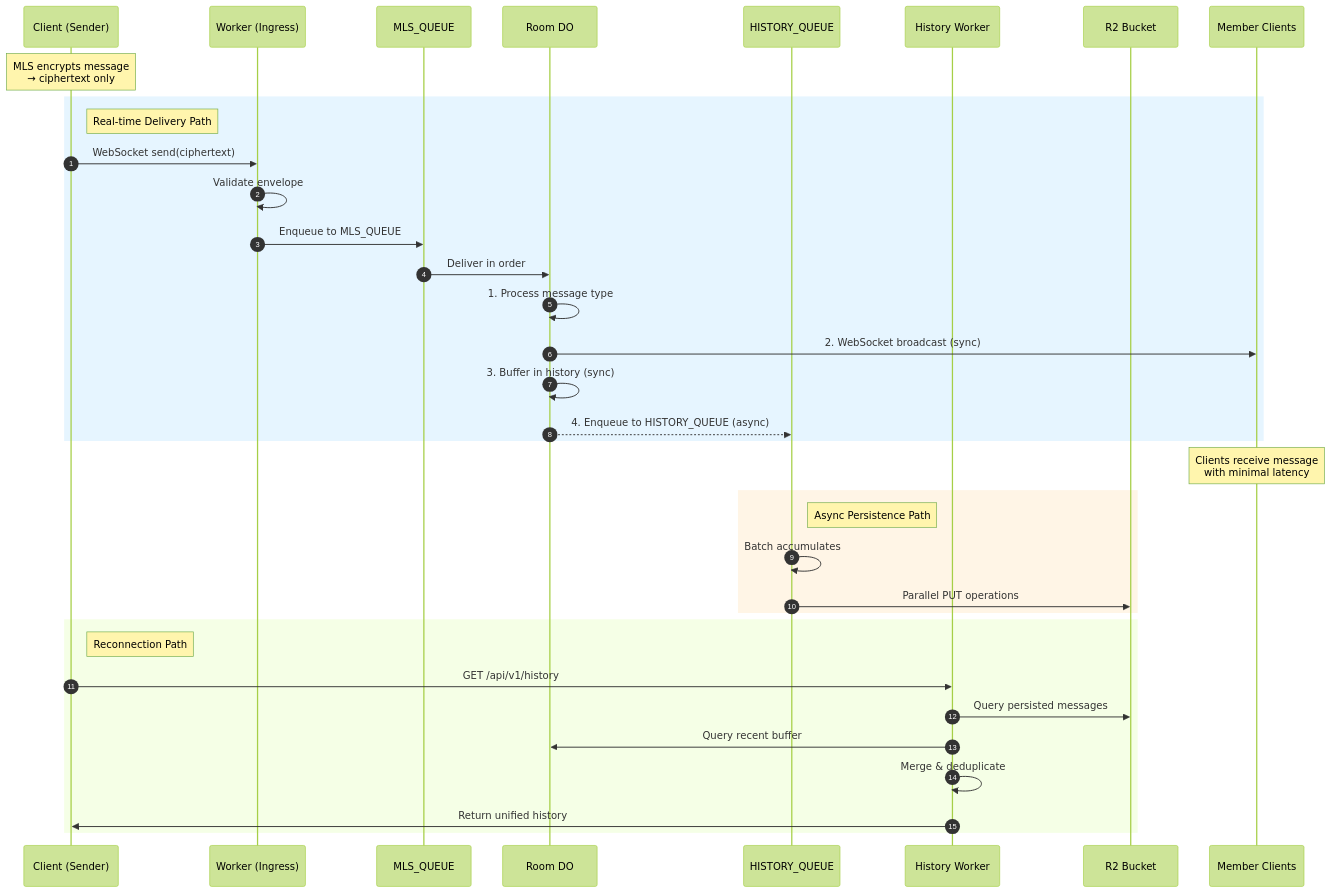
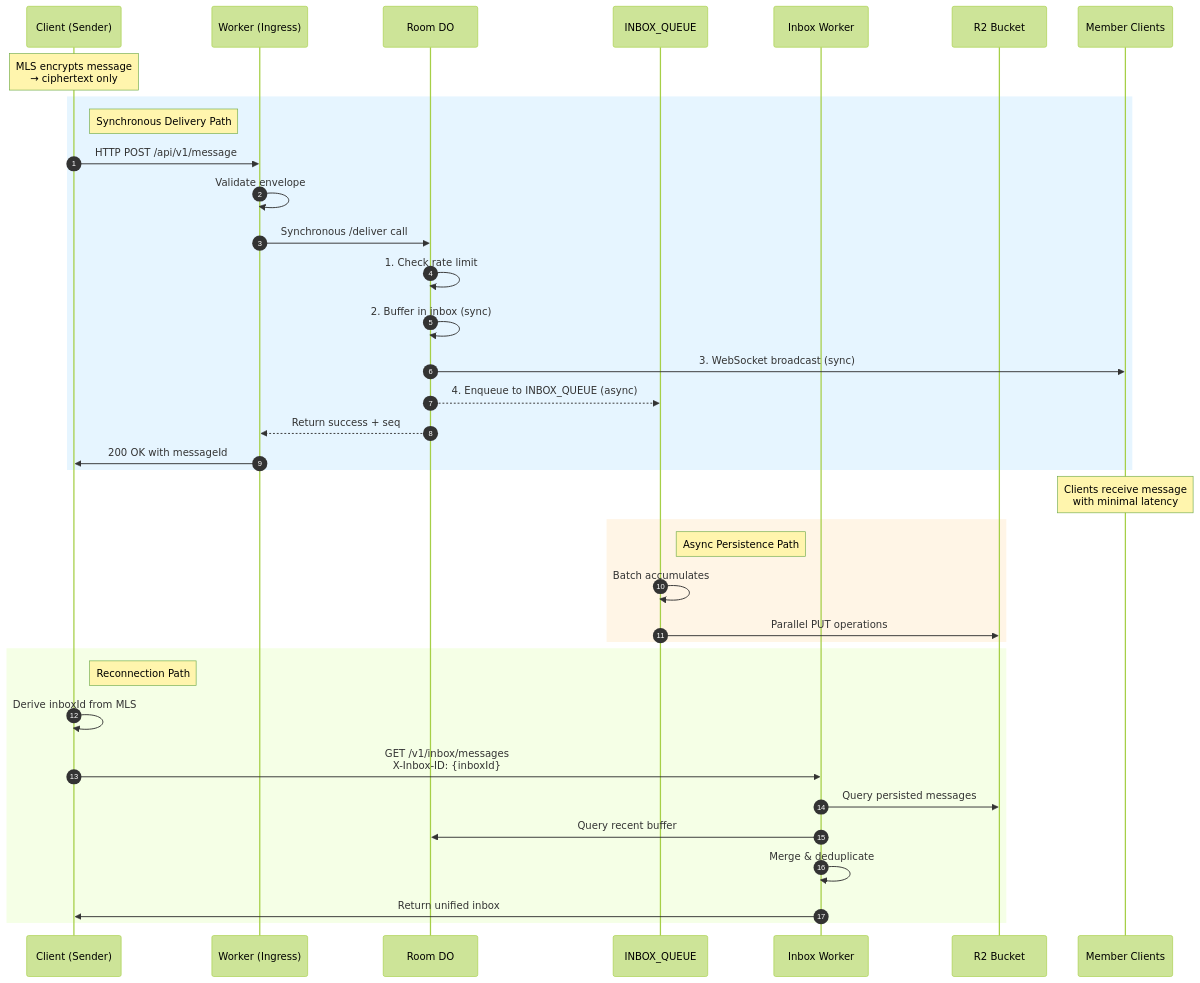
Before and after one commit to tunnl3d/design: the diagram in infra-cf/architecture.md, drawn with Mermaid (forest theme). The commit also changed other lines of this file and 4 other files, not shown here.

````diff
--- a/infra-cf/architecture.md
+++ b/infra-cf/architecture.md
@@ -269,43 +288,44 @@
 ```mermaid
 sequenceDiagram
     autonumber
     participant C as Client (Sender)
     participant W as Worker (Ingress)
-    participant MQ as MLS_QUEUE
     participant DO as Room DO
-    participant HQ as HISTORY_QUEUE
-    participant HW as History Worker
+    participant IQ as INBOX_QUEUE
+    participant IW as Inbox Worker
     participant R2 as R2 Bucket
     participant M as Member Clients
 
     Note over C: MLS encrypts message<br/>→ ciphertext only
 
     rect rgb(230, 245, 255)
-        Note right of C: Real-time Delivery Path
-        C->>W: WebSocket send(ciphertext)
+        Note right of C: Synchronous Delivery Path
+        C->>W: HTTP POST /api/v1/message
         W->>W: Validate envelope
-        W->>MQ: Enqueue to MLS_QUEUE
-        MQ->>DO: Deliver in order
-        DO->>DO: 1. Process message type
-        DO->>M: 2. WebSocket broadcast (sync)
-        DO->>DO: 3. Buffer in history (sync)
-        DO-->>HQ: 4. Enqueue to HISTORY_QUEUE (async)
+        W->>DO: Synchronous /deliver call
+        DO->>DO: 1. Check rate limit
+        DO->>DO: 2. Buffer in inbox (sync)
+        DO->>M: 3. WebSocket broadcast (sync)
+        DO-->>IQ: 4. Enqueue to INBOX_QUEUE (async)
+        DO-->>W: Return success + seq
+        W->>C: 200 OK with messageId
     end
 
     Note over M: Clients receive message<br/>with minimal latency
 
     rect rgb(255, 245, 230)
-        Note right of HQ: Async Persistence Path
-        HQ->>HQ: Batch accumulates
-        HQ->>R2: Parallel PUT operations
+        Note right of IQ: Async Persistence Path
+        IQ->>IQ: Batch accumulates
+        IQ->>R2: Parallel PUT operations
     end
 
     rect rgb(245, 255, 230)
         Note right of C: Reconnection Path
-        C->>HW: GET /api/v1/history
-        HW->>R2: Query persisted messages
-        HW->>DO: Query recent buffer
-        HW->>HW: Merge & deduplicate
-        HW->>C: Return unified history
+        C->>C: Derive inboxId from MLS
+        C->>IW: GET /v1/inbox/messages<br/>X-Inbox-ID: {inboxId}
+        IW->>R2: Query persisted messages
+        IW->>DO: Query recent buffer
+        IW->>IW: Merge & deduplicate
+        IW->>C: Return unified inbox
     end
 ```
````
